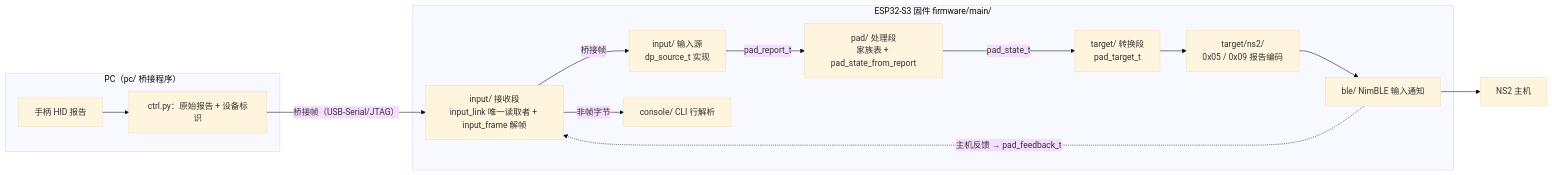
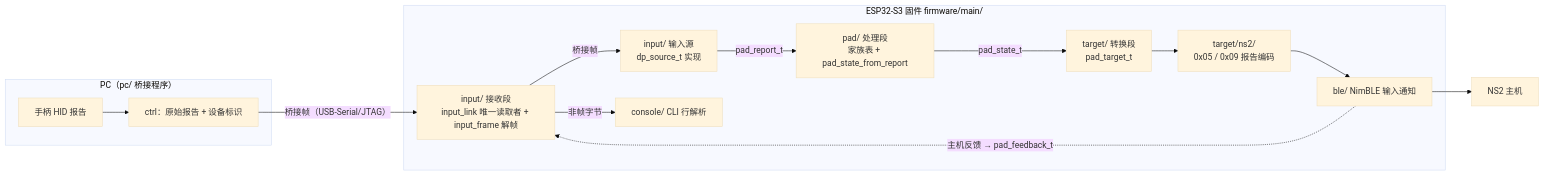
One commit to slime7/remapad changed the fourth of 7 diagrams in docs/ABSTRACTIONS.md. Above: the diagram before and after it, drawn with Mermaid (base theme). The commit also changed other lines of this file and 145 other files, not shown here.

Commit message:
feat(pc): PC 侧工具从 Python 迁到 Node.js，图形控制台换 Vue 3 前端

````diff
--- a/docs/ABSTRACTIONS.md
+++ b/docs/ABSTRACTIONS.md
@@ -103,24 +103,24 @@
 ```mermaid
 flowchart LR
     subgraph PC["PC（pc/ 桥接程序）"]
-        HID["手柄 HID 报告"] --> BR["ctrl.py：原始报告 + 设备标识"]
+        HID["手柄 HID 报告"] --> BR["ctrl：原始报告 + 设备标识"]
     end
 
     BR -- "桥接帧（USB-Serial/JTAG）" --> LINK
 
     subgraph FW["ESP32-S3 固件 firmware/main/"]
         LINK["input/ 接收段<br/>input_link 唯一读取者 + input_frame 解帧"]
         SRC["input/ 输入源<br/>dp_source_t 实现"]
         CLI["console/ CLI 行解析"]
 
         LINK -- "非帧字节" --> CLI
         LINK -- "桥接帧" --> SRC
         SRC -- "pad_report_t" --> DEV["pad/ 处理段<br/>家族表 + pad_state_from_report"]
         DEV -- "pad_state_t" --> TGT["target/ 转换段<br/>pad_target_t"]
         TGT --> NS2["target/ns2/<br/>0x05 / 0x09 报告编码"]
         NS2 --> BLE["ble/ NimBLE 输入通知"]
         BLE -. "主机反馈 → pad_feedback_t" .-> LINK
     end
 
     BLE --> HOST["NS2 主机"]
 ```
````
